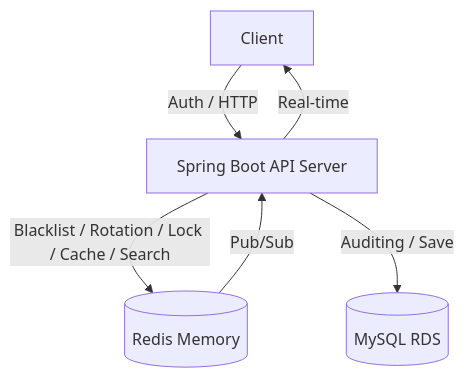
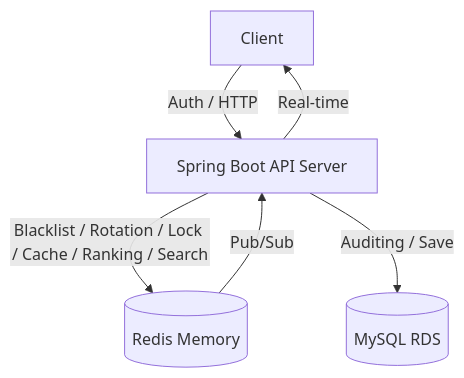
One commit to helloyoogs/tarot-insight-backend changed the diagram in README.md. Above: the diagram before and after it, drawn with Mermaid. The commit also changed other lines of this file and 4 other files, not shown here.

````diff
--- a/README.md
+++ b/README.md
@@ -34,8 +35,8 @@
 ```mermaid
 graph TD
     Client[Client] -->|Auth / HTTP| Server[Spring Boot API Server]
-    Server -->|Blacklist / Rotation / Lock / Cache / Search| Redis[(Redis Memory)]
+    Server -->|Blacklist / Rotation / Lock / Cache / Ranking / Search| Redis[(Redis Memory)]
     Server -->|Auditing / Save| MySQL[(MySQL RDS)]
     Redis -->|Pub/Sub| Server
     Server -->|Real-time| Client
 ```
````
